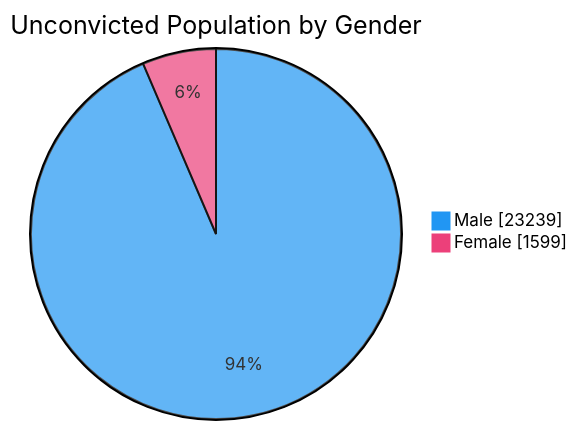
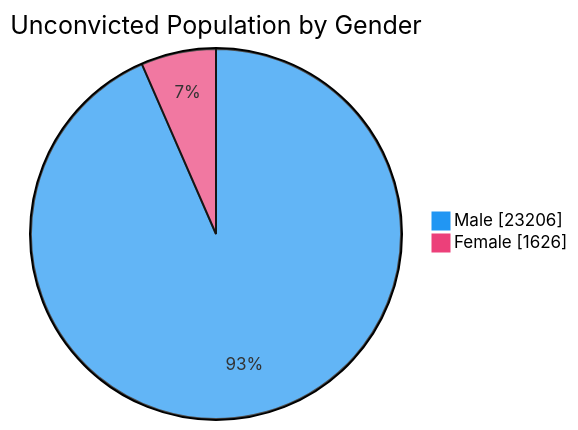
One commit to nuuuwan/lk_prisons changed the fourth of 7 diagrams in README.md. Above: the diagram before and after it, drawn with Mermaid. The commit also changed other lines of this file and 1 other file, not shown here.

````diff
--- a/README.md
+++ b/README.md
@@ -76,6 +76,6 @@
 ```mermaid
 %%{init: {'themeVariables': {'pie1': '#2196F3', 'pie2': '#EC407A'}}}%%
 pie showData title Unconvicted Population by Gender
-    "Male" : 23239
-    "Female" : 1599
+    "Male" : 23206
+    "Female" : 1626
 ```
````
